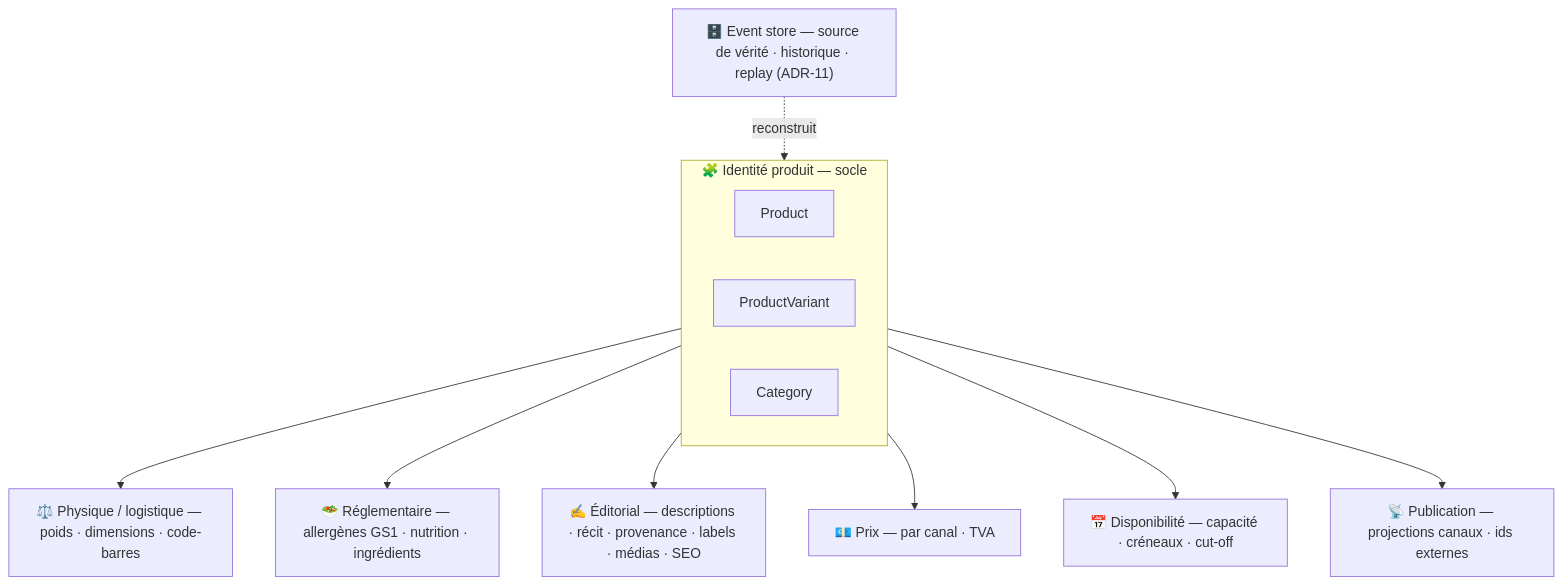
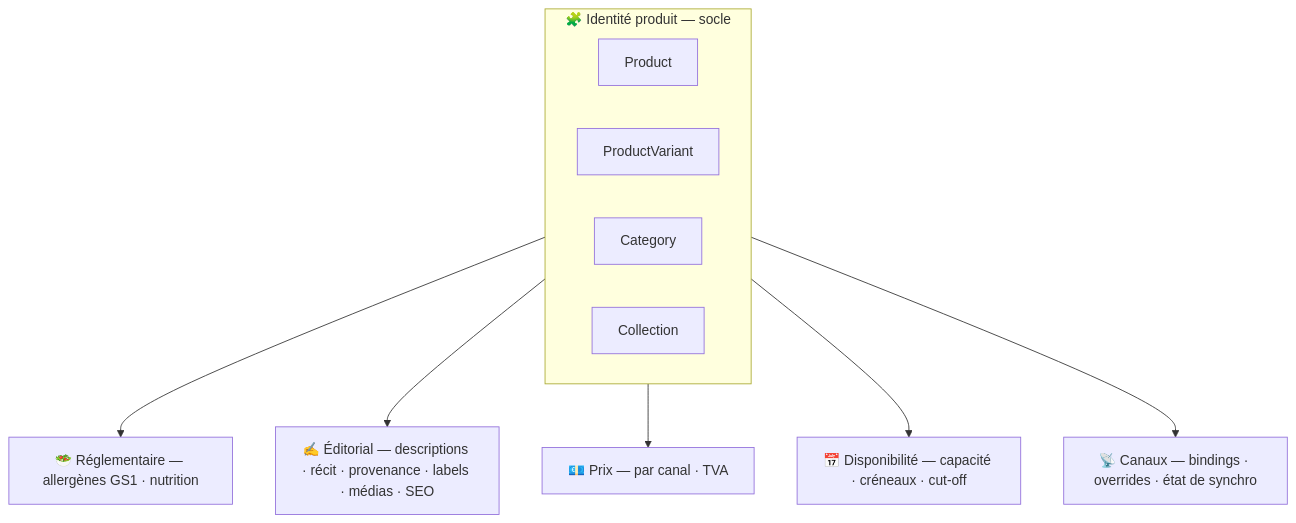
One commit to hugoheynard/lfd changed the first of 2 diagrams in documentation/chevallot/data-model/02-catalogue-items.md. Above: the diagram before and after it, drawn with Mermaid. The commit also changed other lines of this file and 8 other files, not shown here.

````diff
--- a/documentation/chevallot/data-model/02-catalogue-items.md
+++ b/documentation/chevallot/data-model/02-catalogue-items.md
@@ -13,16 +14,14 @@
 ```mermaid
 flowchart TB
-    ES["🗄️ Event store — source de vérité · historique · replay (ADR-11)"]
     subgraph SOCLE["🧩 Identité produit — socle"]
         P["Product"]
         V["ProductVariant"]
         C["Category"]
+        CO["Collection"]
     end
-    ES -. reconstruit .-> SOCLE
-    SOCLE --> L1["⚖️ Physique / logistique — poids · dimensions · code-barres"]
-    SOCLE --> L2["🥗 Réglementaire — allergènes GS1 · nutrition · ingrédients"]
+    SOCLE --> L2["🥗 Réglementaire — allergènes GS1 · nutrition"]
     SOCLE --> L3["✍️ Éditorial — descriptions · récit · provenance · labels · médias · SEO"]
     SOCLE --> L4["💶 Prix — par canal · TVA"]
     SOCLE --> L5["📅 Disponibilité — capacité · créneaux · cut-off"]
-    SOCLE --> L6["📡 Publication — projections canaux · ids externes"]
+    SOCLE --> L6["📡 Canaux — bindings · overrides · état de synchro"]
 ```
````
